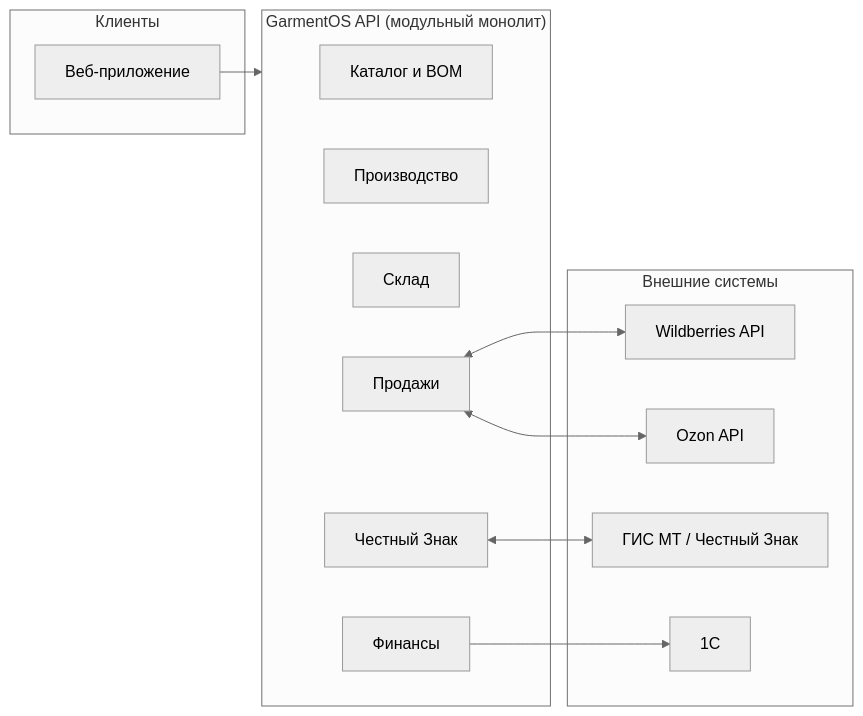
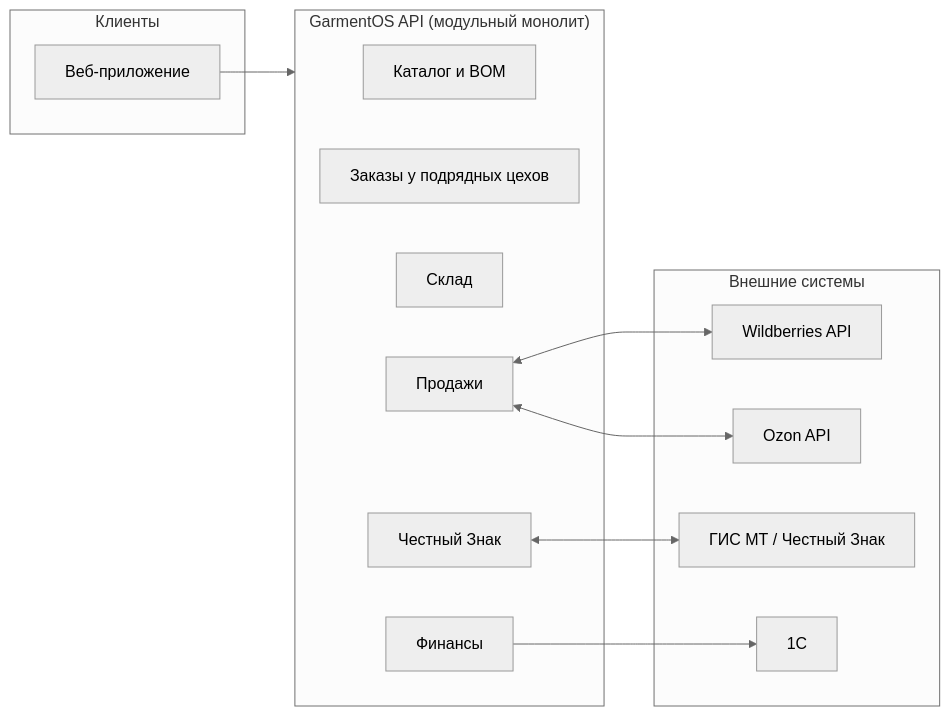
Before and after one commit to matveevmln/GarmentOS: the diagram in README.md, drawn with Mermaid (neutral theme). The commit also changed other lines of this file and 7 other files, not shown here.

````diff
--- a/README.md
+++ b/README.md
@@ -57,26 +57,26 @@
 ```mermaid
 flowchart LR
     subgraph Клиенты
         WEB[Веб-приложение]
     end
     subgraph GarmentOS["GarmentOS API (модульный монолит)"]
         CAT[Каталог и BOM]
-        PROD[Производство]
+        PROD["Заказы у подрядных цехов"]
         WH[Склад]
         SALES[Продажи]
         HZ["Честный Знак"]
         FIN[Финансы]
     end
     subgraph Внешние системы
         WB_MP[Wildberries API]
         OZON[Ozon API]
         GISMT[ГИС МТ / Честный Знак]
         C1[1С]
     end
 
     WEB --> GarmentOS
     SALES <--> WB_MP
     SALES <--> OZON
     HZ <--> GISMT
     FIN --> C1
 ```
````
